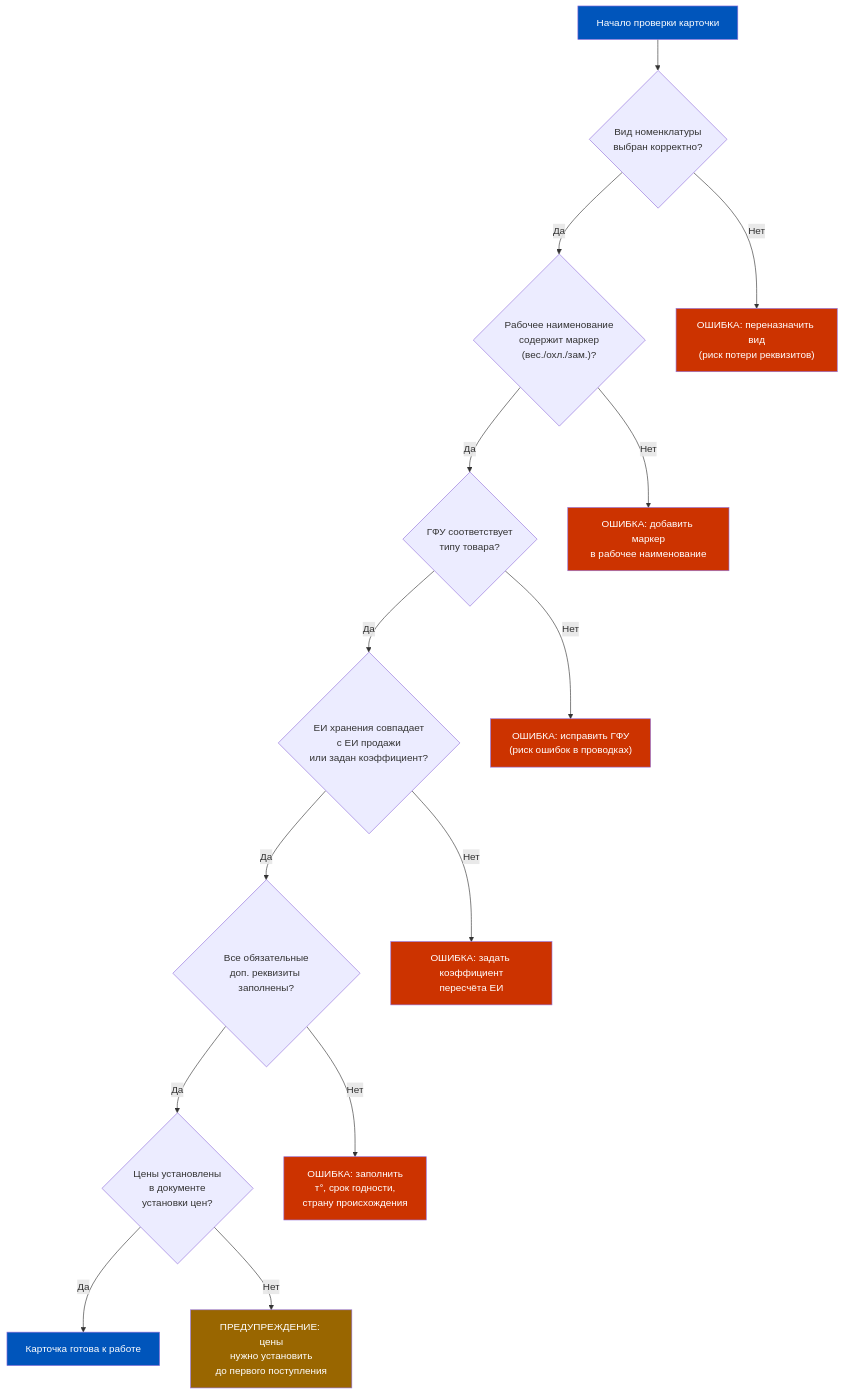
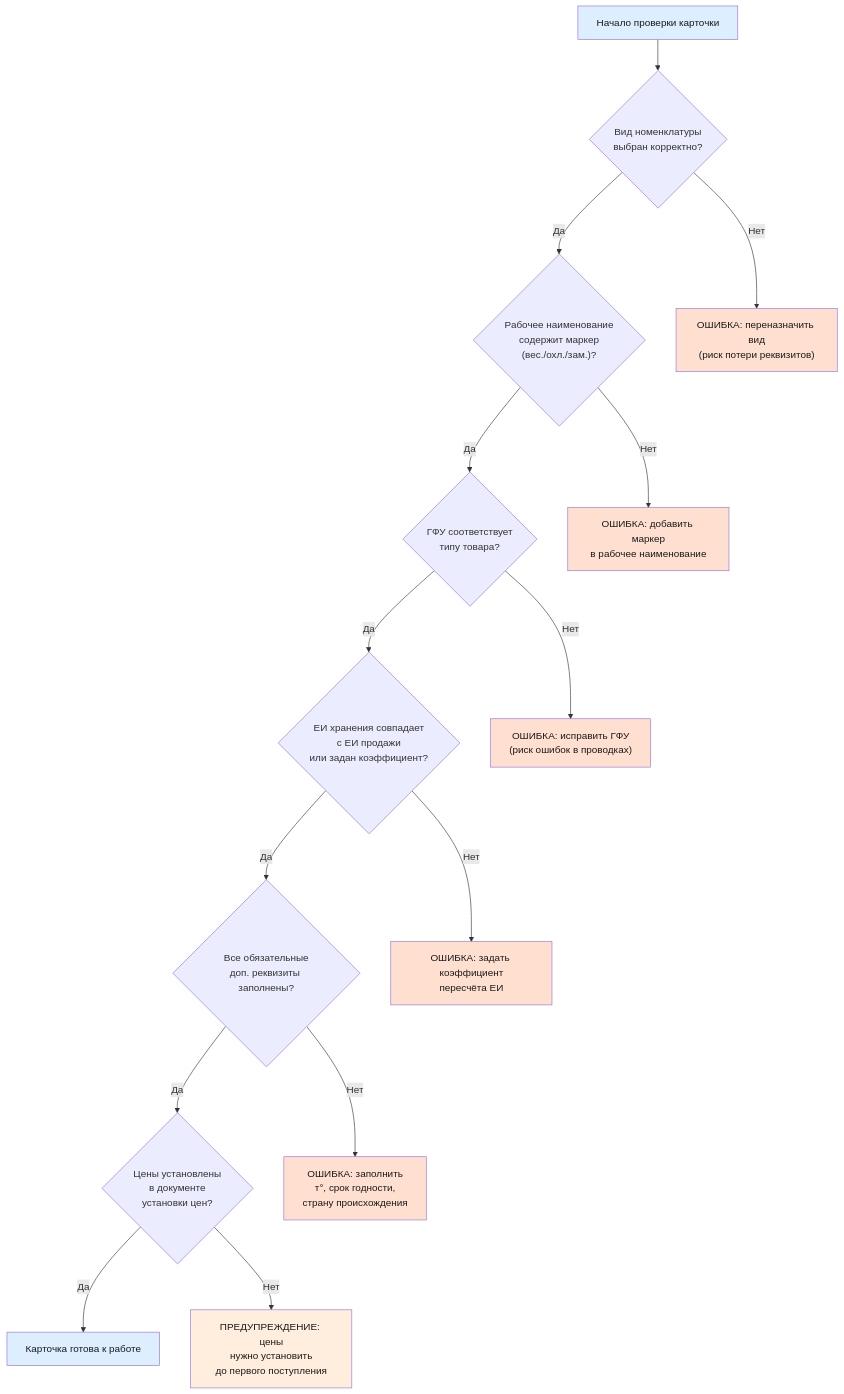
One commit to murad1986/1c-erp-quartz changed the fifth of 6 diagrams in content/1c-erp/week_2/Неделя 2 - День 6 - Практикум по НСИ.md. Above: the diagram before and after it, drawn with Mermaid. The commit also changed other lines of this file and 57 other files, not shown here.

First line of the commit message:
fix: Mermaid — пастельные цвета в источниках диаграмм (56 файлов)

````diff
--- a/content/1c-erp/week_2/Неделя 2 - День 6 - Практикум по НСИ.md
+++ b/content/1c-erp/week_2/Неделя 2 - День 6 - Практикум по НСИ.md
@@ -432,25 +432,25 @@
 ```mermaid
 graph TD
     START["Начало проверки карточки"] --> C1{"Вид номенклатуры<br/>выбран корректно?"}
     C1 -- "Да" --> C2{"Рабочее наименование<br/>содержит маркер<br/>(вес./охл./зам.)?"}
     C1 -- "Нет" --> E1["ОШИБКА: переназначить вид<br/>(риск потери реквизитов)"]
     C2 -- "Да" --> C3{"ГФУ соответствует<br/>типу товара?"}
     C2 -- "Нет" --> E2["ОШИБКА: добавить маркер<br/>в рабочее наименование"]
     C3 -- "Да" --> C4{"ЕИ хранения совпадает<br/>с ЕИ продажи<br/>или задан коэффициент?"}
     C3 -- "Нет" --> E3["ОШИБКА: исправить ГФУ<br/>(риск ошибок в проводках)"]
     C4 -- "Да" --> C5{"Все обязательные<br/>доп. реквизиты заполнены?"}
     C4 -- "Нет" --> E4["ОШИБКА: задать коэффициент<br/>пересчёта ЕИ"]
     C5 -- "Да" --> C6{"Цены установлены<br/>в документе<br/>установки цен?"}
     C5 -- "Нет" --> E5["ОШИБКА: заполнить<br/>т°, срок годности,<br/>страну происхождения"]
     C6 -- "Да" --> DONE["Карточка готова к работе"]
     C6 -- "Нет" --> E6["ПРЕДУПРЕЖДЕНИЕ: цены<br/>нужно установить<br/>до первого поступления"]
 
-    style START fill:#0055BB,color:#fff
-    style DONE fill:#0055BB,color:#fff
-    style E1 fill:#CC3300,color:#fff
-    style E2 fill:#CC3300,color:#fff
-    style E3 fill:#CC3300,color:#fff
-    style E4 fill:#CC3300,color:#fff
-    style E5 fill:#CC3300,color:#fff
-    style E6 fill:#996600,color:#fff
+    style START fill:#dceeff,color:#1a1a1a
+    style DONE fill:#dceeff,color:#1a1a1a
+    style E1 fill:#ffe0d0,color:#1a1a1a
+    style E2 fill:#ffe0d0,color:#1a1a1a
+    style E3 fill:#ffe0d0,color:#1a1a1a
+    style E4 fill:#ffe0d0,color:#1a1a1a
+    style E5 fill:#ffe0d0,color:#1a1a1a
+    style E6 fill:#ffeedd,color:#1a1a1a
 ```
````
